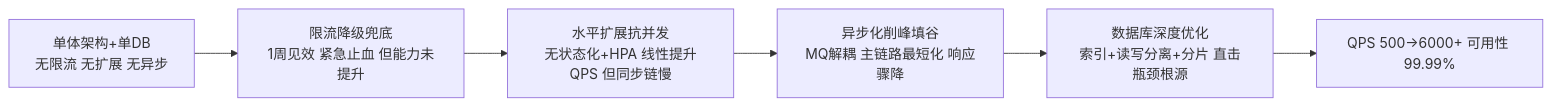
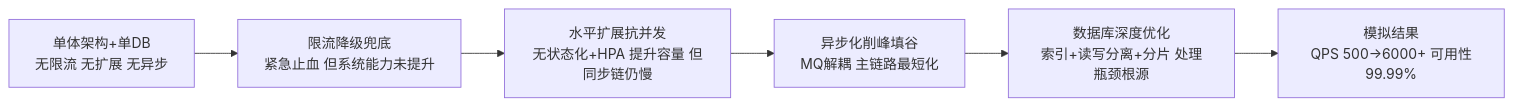
The second of 6 diagrams in 02-论文专题/0011-性能优化/00-大纲记忆卡.md (EdgarLQS/SoftwareArchitectureExamGuide), drawn with Mermaid before and after one commit. The commit also changed other lines of this file, not shown here.

````diff
--- a/02-论文专题/0011-性能优化/00-大纲记忆卡.md
+++ b/02-论文专题/0011-性能优化/00-大纲记忆卡.md
@@ -34,8 +51,8 @@
 ```mermaid
 flowchart LR
-    A["单体架构+单DB<br/>无限流 无扩展 无异步"] --> B["限流降级兜底<br/>1周见效 紧急止血 但能力未提升"]
-    B --> C["水平扩展抗并发<br/>无状态化+HPA 线性提升QPS 但同步链慢"]
-    C --> D["异步化削峰填谷<br/>MQ解耦 主链路最短化 响应骤降"]
-    D --> E["数据库深度优化<br/>索引+读写分离+分片 直击瓶颈根源"]
-    E --> F["QPS 500→6000+ 可用性 99.99%"]
+    A["单体架构+单DB<br/>无限流 无扩展 无异步"] --> B["限流降级兜底<br/>紧急止血 但系统能力未提升"]
+    B --> C["水平扩展抗并发<br/>无状态化+HPA 提升容量 但同步链仍慢"]
+    C --> D["异步化削峰填谷<br/>MQ解耦 主链路最短化"]
+    D --> E["数据库深度优化<br/>索引+读写分离+分片 处理瓶颈根源"]
+    E --> F["模拟结果<br/>QPS 500→6000+ 可用性99.99%"]
 ```
````
